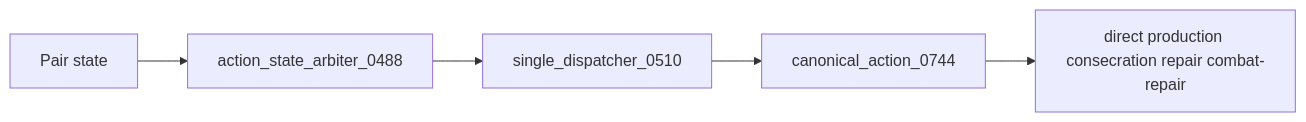
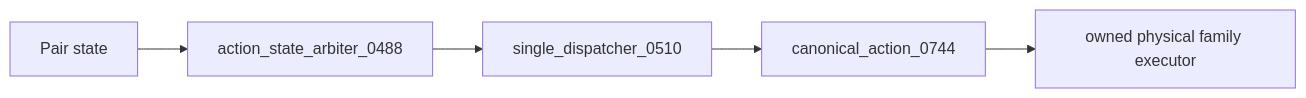
Diagram 11 of 12 in docs/RECOVERY_AUTHORITY_MAP_CURRENT.md (mrcalzon02/Tech-Priests), drawn with Mermaid before and after one commit. The commit also changed other lines of this file, not shown here.

Commit message:
Map consolidated item family authority

````diff
--- a/docs/RECOVERY_AUTHORITY_MAP_CURRENT.md
+++ b/docs/RECOVERY_AUTHORITY_MAP_CURRENT.md
@@ -228,9 +256,9 @@
 ```mermaid
 flowchart LR
     Pair[Pair state]
     Classifier[action_state_arbiter_0488]
     Dispatcher[single_dispatcher_0510]
     Record[canonical_action_0744]
-    Core[direct production consecration repair combat-repair]
+    Core[owned physical family executor]
     Pair --> Classifier --> Dispatcher --> Record --> Core
 ```
````
